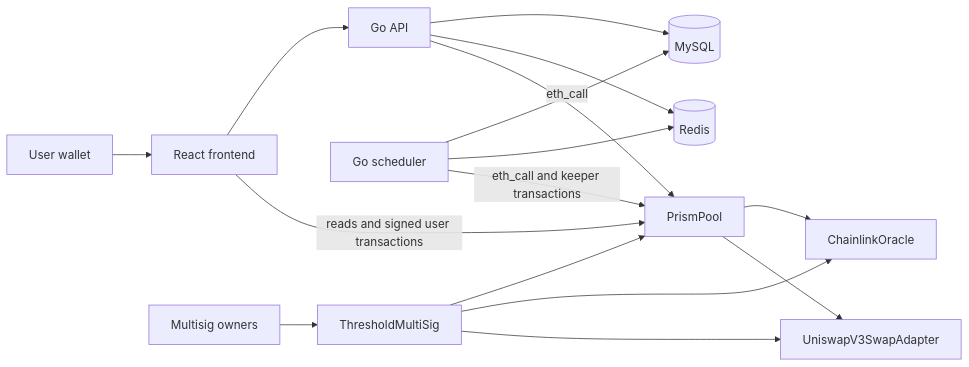
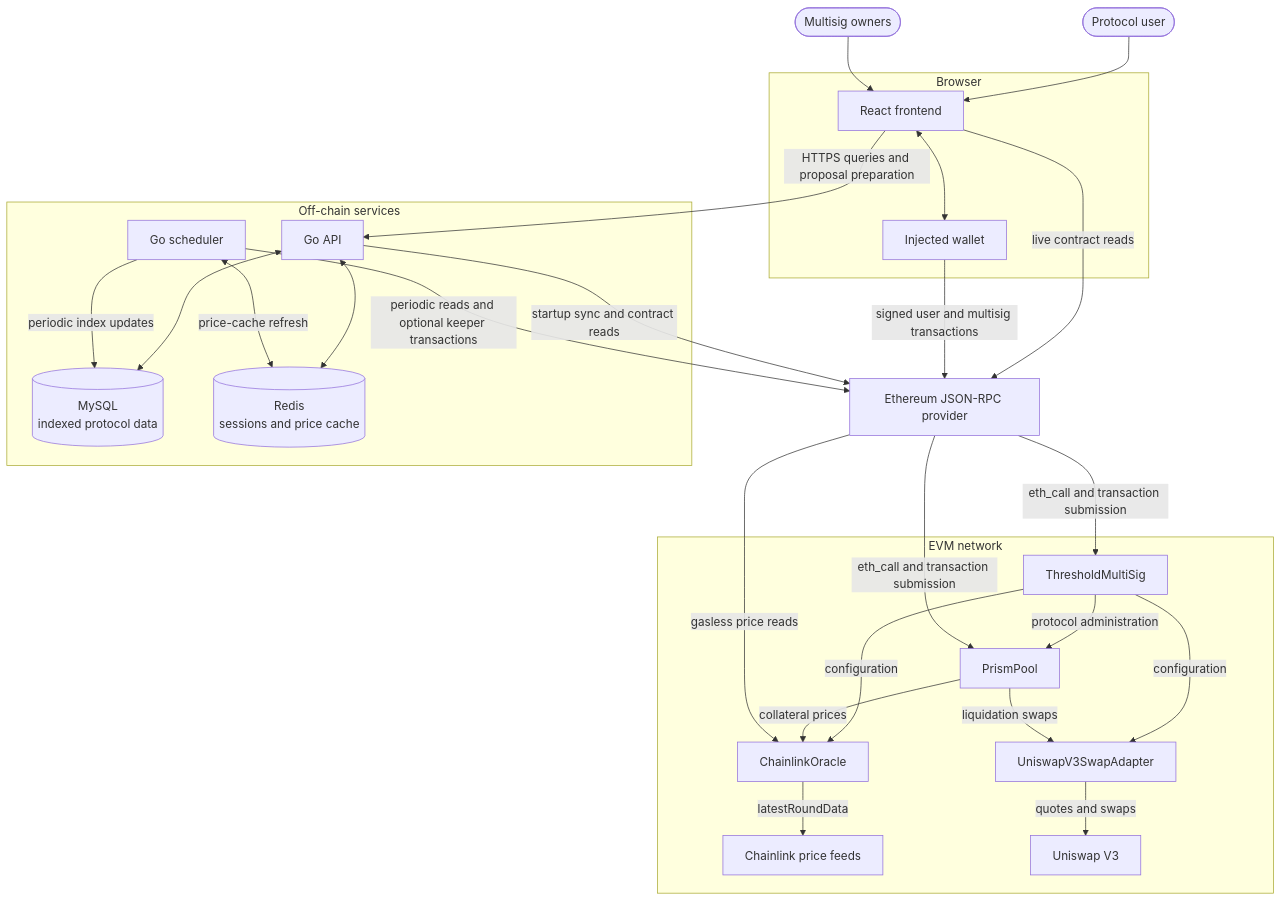
The diagram in README.md (lancechuangdev/prism), drawn with Mermaid before and after one commit. The commit also changed other lines of this file and 2 other files, not shown here.

Commit message:
reworked readme

````diff
--- a/README.md
+++ b/README.md
@@ -14,18 +14,53 @@
 ```mermaid
-flowchart LR
-  User[User wallet] --> Frontend[React frontend]
-  Frontend --> API[Go API]
-  Frontend -->|reads and signed user transactions| Pool[PrismPool]
-  API --> MySQL[(MySQL)]
-  API --> Redis[(Redis)]
-  Scheduler[Go scheduler] --> MySQL
-  Scheduler --> Redis
-  API -->|eth_call| Pool[PrismPool]
-  Scheduler -->|eth_call and keeper transactions| Pool
-  Pool --> Oracle[ChainlinkOracle]
-  Pool --> Swap[UniswapV3SwapAdapter]
-  Owners[Multisig owners] --> Multisig[ThresholdMultiSig]
-  Multisig --> Pool
-  Multisig --> Oracle
-  Multisig --> Swap
+flowchart TB
+  User([Protocol user])
+  Owners([Multisig owners])
+
+  subgraph Client[Browser]
+    Frontend[React frontend]
+    Wallet[Injected wallet]
+    Frontend <--> Wallet
+  end
+
+  subgraph OffChain[Off-chain services]
+    API[Go API]
+    Scheduler[Go scheduler]
+    MySQL[(MySQL<br/>indexed protocol data)]
+    Redis[(Redis<br/>sessions and price cache)]
+
+    API <--> MySQL
+    API <--> Redis
+    Scheduler -->|periodic index updates| MySQL
+    Scheduler <-->|price-cache refresh| Redis
+  end
+
+  RPC[Ethereum JSON-RPC provider]
+
+  subgraph Ethereum[EVM network]
+    Pool[PrismPool]
+    Multisig[ThresholdMultiSig]
+    Oracle[ChainlinkOracle]
+    Swap[UniswapV3SwapAdapter]
+    Feeds[Chainlink price feeds]
+    Uniswap[Uniswap V3]
+
+    Multisig -->|protocol administration| Pool
+    Multisig -->|configuration| Oracle
+    Multisig -->|configuration| Swap
+    Pool -->|collateral prices| Oracle
+    Oracle -->|latestRoundData| Feeds
+    Pool -->|liquidation swaps| Swap
+    Swap -->|quotes and swaps| Uniswap
+  end
+
+  User --> Frontend
+  Owners --> Frontend
+  Frontend -->|HTTPS queries and proposal preparation| API
+  Frontend -->|live contract reads| RPC
+  Wallet -->|signed user and multisig transactions| RPC
+  API -->|startup sync and contract reads| RPC
+  Scheduler -->|periodic reads and optional keeper transactions| RPC
+  RPC -->|eth_call and transaction submission| Pool
+  RPC -->|eth_call and transaction submission| Multisig
+  RPC -->|gasless price reads| Oracle
 ```
````
